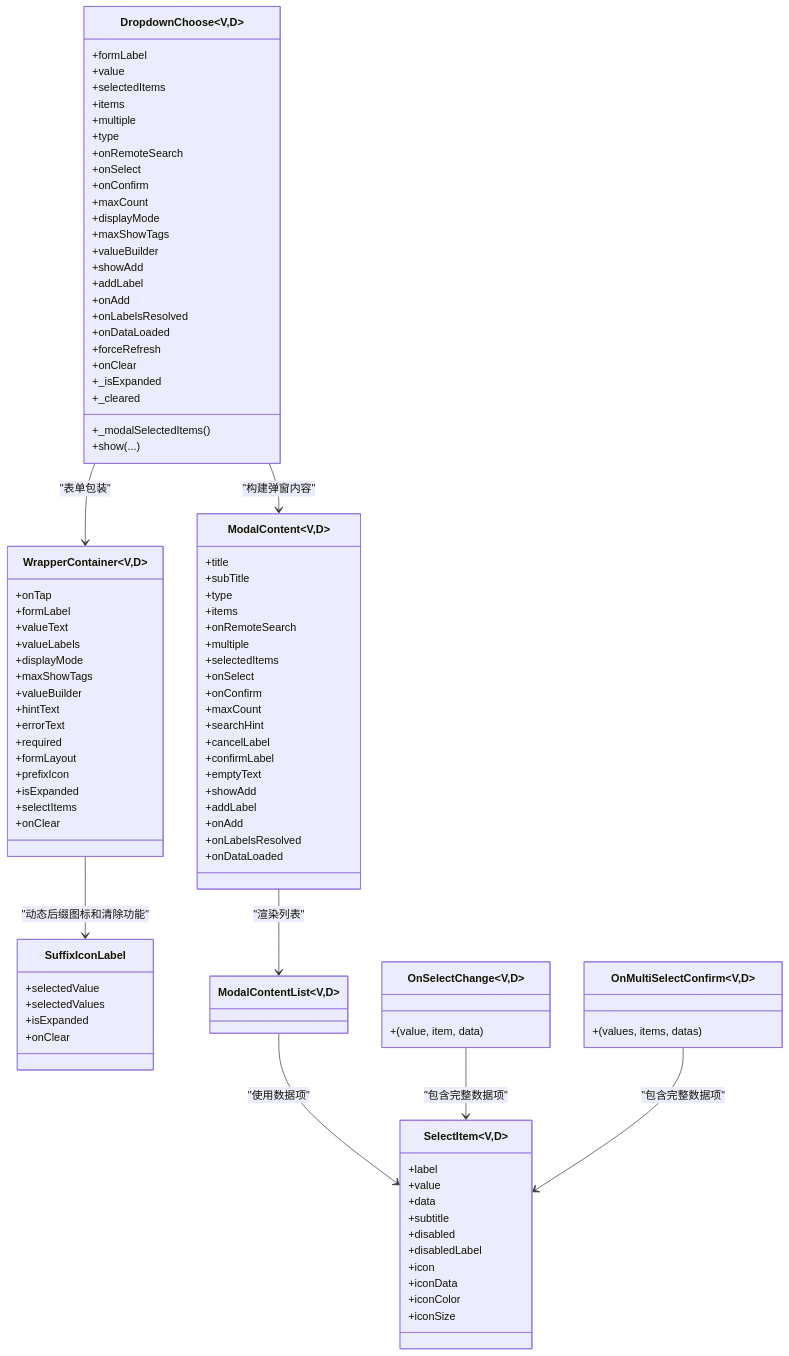
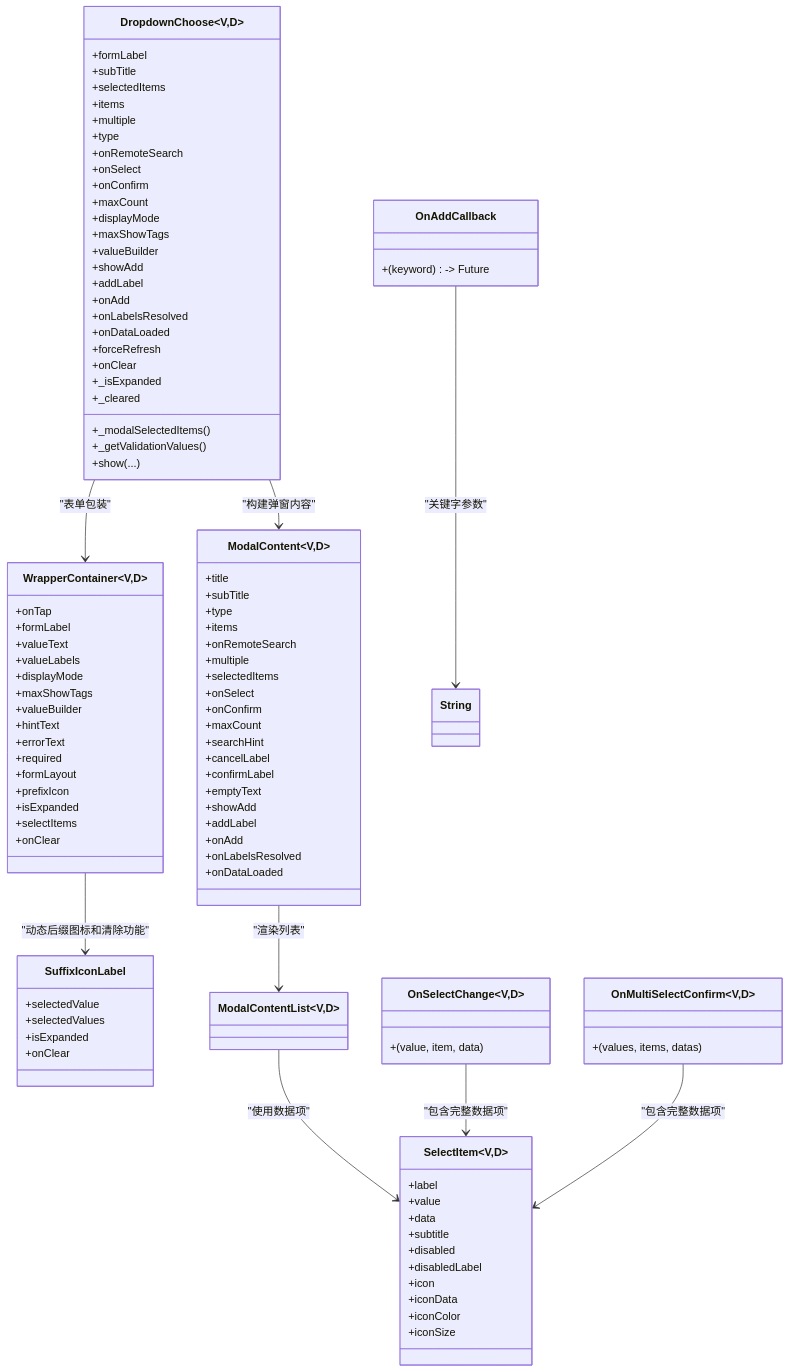
One commit to yuzhido/lite-ui changed the third of 3 diagrams in .qoder/repowiki/zh/content/API 参考/高级组件 API/DropdownChoose 下拉选择器 API.md. Above: the diagram before and after it, drawn with Mermaid. The commit also changed other lines of this file and 25 other files, not shown here.

````diff
--- a/.qoder/repowiki/zh/content/API 参考/高级组件 API/DropdownChoose 下拉选择器 API.md
+++ b/.qoder/repowiki/zh/content/API 参考/高级组件 API/DropdownChoose 下拉选择器 API.md
@@ -344,7 +326,7 @@
 classDiagram
 class DropdownChoose~V,D~ {
 +formLabel
-+value
++subTitle
 +selectedItems
 +items
 +multiple
@@ -366,6 +348,7 @@
 +_isExpanded
 +_cleared
 +_modalSelectedItems()
++_getValidationValues()
 +show(...)
 }
 class ModalContent~V,D~ {
@@ -430,6 +413,9 @@
 class OnMultiSelectConfirm~V,D~ {
 +(values, items, datas)
 }
+class OnAddCallback {
++(keyword) -> Future<bool?>
+}
 DropdownChoose~V,D~ --> ModalContent~V,D~ : "构建弹窗内容"
 ModalContent~V,D~ --> ModalContentList~V,D~ : "渲染列表"
 DropdownChoose~V,D~ --> WrapperContainer~V,D~ : "表单包装"
@@ -437,4 +423,5 @@
 ModalContentList~V,D~ --> SelectItem~V,D~ : "使用数据项"
 OnSelectChange~V,D~ --> SelectItem~V,D~ : "包含完整数据项"
 OnMultiSelectConfirm~V,D~ --> SelectItem~V,D~ : "包含完整数据项"
+OnAddCallback --> String : "关键字参数"
 ```
````
